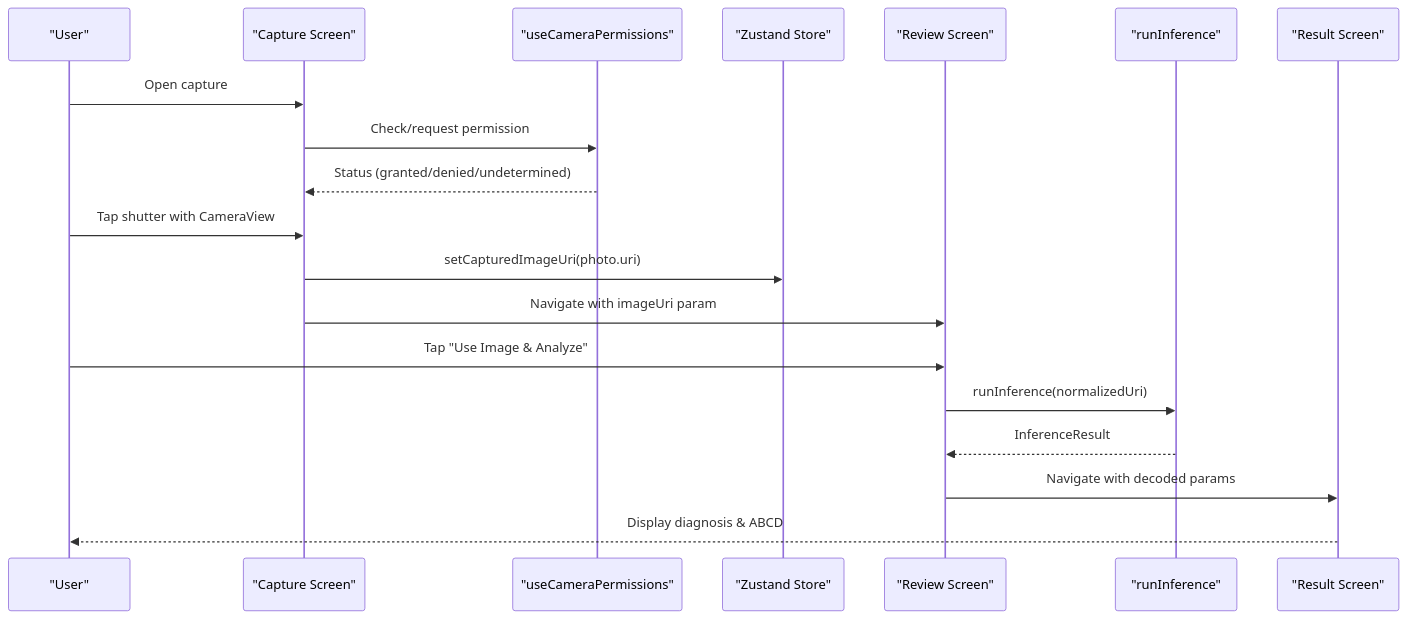
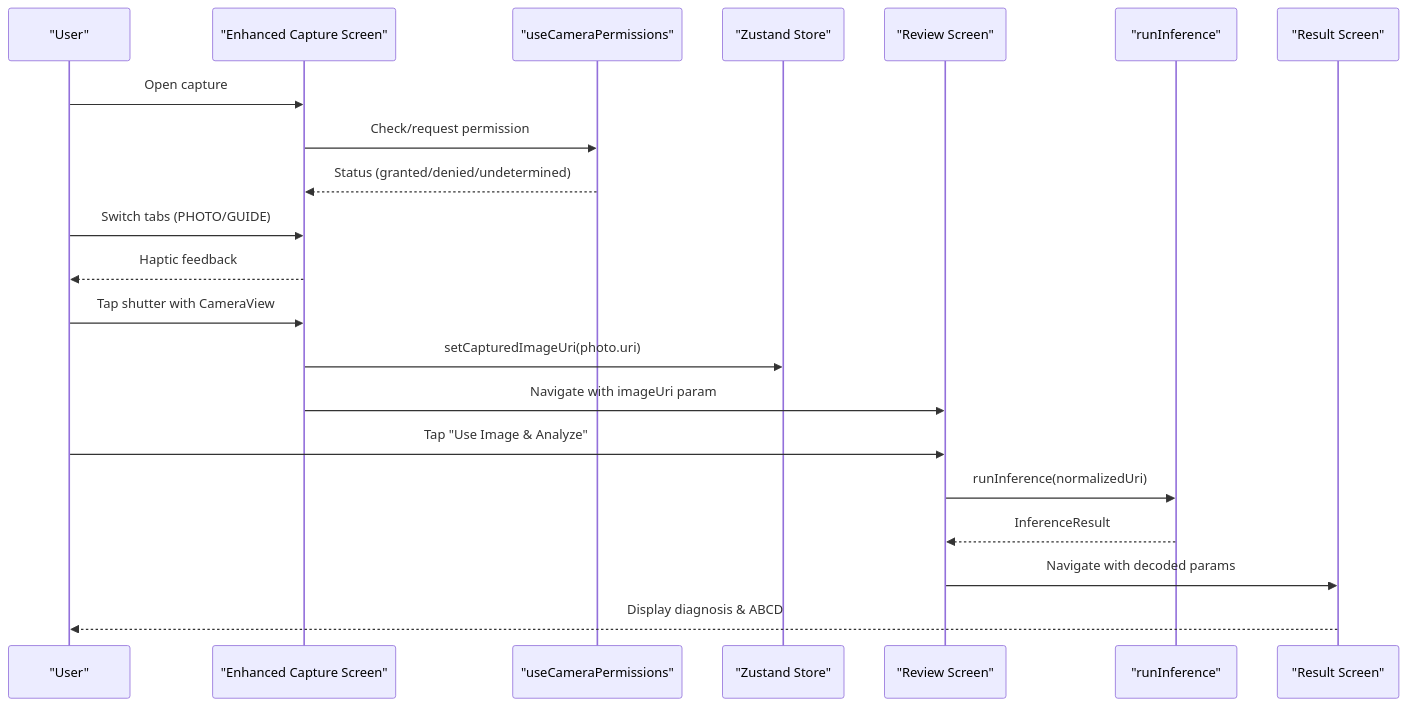
Before and after one commit to AdeelTahir-SE/DermSight: the second of 9 diagrams in .qoder/repowiki/en/content/Camera Integration.md, drawn with Mermaid. The commit also changed other lines of this file and 23 other files, not shown here.

First line of the commit message:
feat(camera): enhance capture screen with tabbed navigation and haptic feedback

````diff
--- a/.qoder/repowiki/en/content/Camera Integration.md
+++ b/.qoder/repowiki/en/content/Camera Integration.md
@@ -118,21 +122,23 @@
 ```mermaid
 sequenceDiagram
 participant U as "User"
-participant C as "Capture Screen"
+participant C as "Enhanced Capture Screen"
 participant P as "useCameraPermissions"
 participant S as "Zustand Store"
 participant R as "Review Screen"
 participant I as "runInference"
 participant J as "Result Screen"
 U->>C : Open capture
 C->>P : Check/request permission
 P-->>C : Status (granted/denied/undetermined)
+U->>C : Switch tabs (PHOTO/GUIDE)
+C-->>U : Haptic feedback
 U->>C : Tap shutter with CameraView
 C->>S : setCapturedImageUri(photo.uri)
 C->>R : Navigate with imageUri param
 U->>R : Tap "Use Image & Analyze"
 R->>I : runInference(normalizedUri)
 I-->>R : InferenceResult
 R->>J : Navigate with decoded params
 J-->>U : Display diagnosis & ABCD
 ```
````
